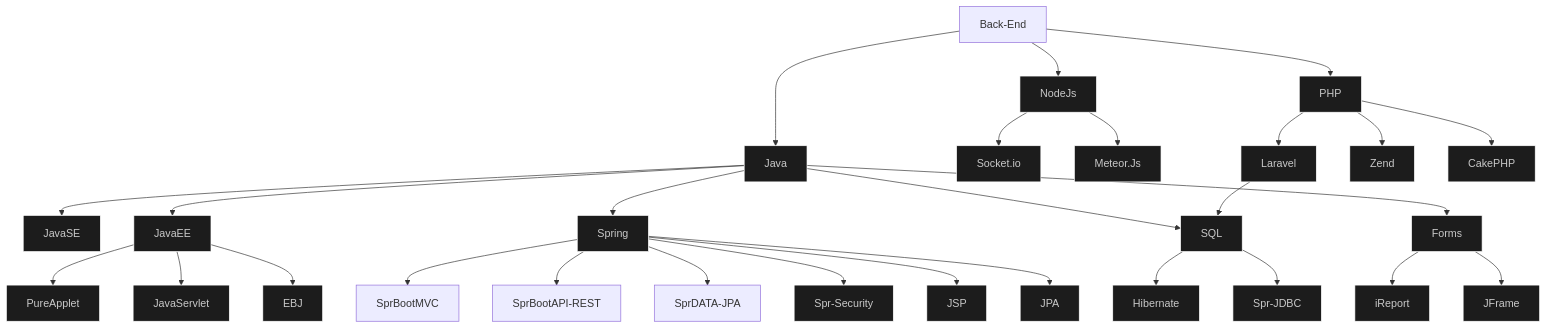
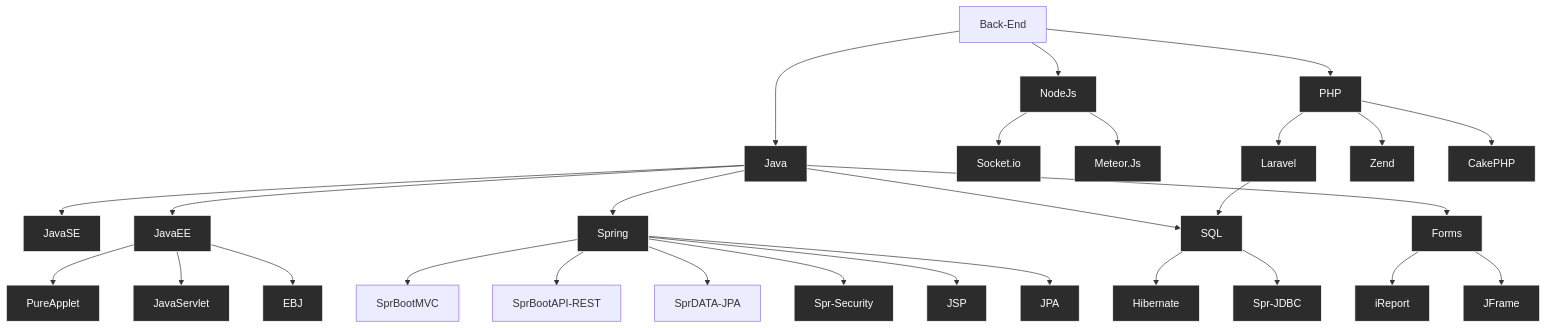
The second of 2 diagrams in README.md (LinderCa/LinderCa), drawn with Mermaid before and after one commit. The commit also changed other lines of this file, not shown here.

````diff
--- a/README.md
+++ b/README.md
@@ -66,33 +64,33 @@
 ```mermaid
 graph TD;
     Back-End-->Java;
     Back-End-->NodeJs;
     NodeJs-->Socket.io;
     NodeJs-->Meteor.Js;
     Back-End-->PHP;
     PHP-->Laravel;
     PHP-->Zend;
     PHP-->CakePHP;
     Java-->JavaSE;
     Java-->JavaEE;
     JavaEE-->PureApplet;
     JavaEE-->JavaServlet;
     JavaEE-->EBJ;
     Java-->Spring;
     Java-->SQL;
     Laravel-->SQL;
     Spring-->SprBootMVC;
     Spring-->SprBootAPI-REST;
     Spring-->SprDATA-JPA;
     SQL-->Hibernate;
     SQL-->Spr-JDBC;
     Spring-->Spr-Security;
     Spring-->JSP;
     Spring-->JPA;
     Java-->Forms;
     Forms-->iReport;
     Forms-->JFrame;
-    classDef backEnd fill:#1c1c1c,stroke:#ffffff,color:#c9c9c9;
+    classDef backEnd fill:#2c2c2c,stroke:#ffffff,color:#ffffff;
     class Java,NodeJs,Socket.io,Meteor.Js,PHP,Laravel,Zend,CakePHP,JavaSE,JavaEE,PureApplet,JavaServlet,EBJ,Spring,SQL,Hibernate,Spr-JDBC,Spr-Security,JSP,JPA,Forms,iReport,JFrame backEnd;
 
 ```
````
